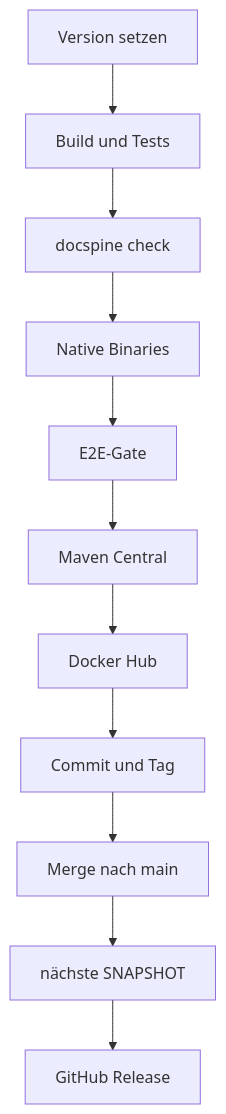
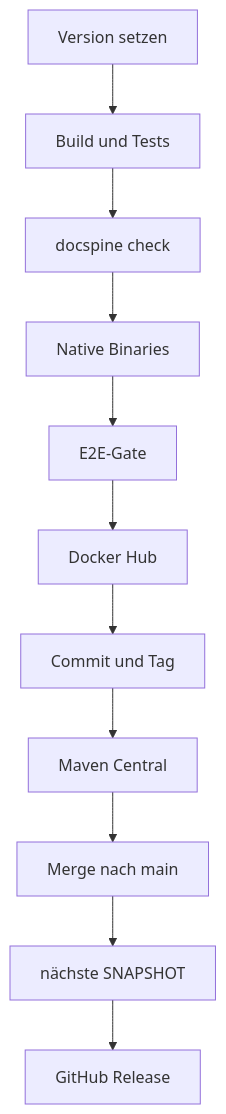
One commit to flaechsig/blocpress changed the third of 3 diagrams in docs/07-deployment.md. Above: the diagram before and after it, drawn with Mermaid. The commit also changed other lines of this file and 6 other files, not shown here.

First line of the commit message:
feat: Release-Reihenfolge und Docker-Hub-Texte absichern (US-0047)

````diff
--- a/docs/07-deployment.md
+++ b/docs/07-deployment.md
@@ -252,13 +252,13 @@
 ```mermaid
 flowchart TD
     V["Version setzen"] --> B["Build und Tests"]
     B --> D["docspine check"]
     D --> N["Native Binaries"]
     N --> E["E2E-Gate"]
-    E --> M["Maven Central"]
-    M --> H["Docker Hub"]
+    E --> H["Docker Hub"]
     H --> T["Commit und Tag"]
-    T --> G["Merge nach main"]
+    T --> M["Maven Central"]
+    M --> G["Merge nach main"]
     G --> S["nächste SNAPSHOT"]
     S --> R["GitHub Release"]
 ```
````
